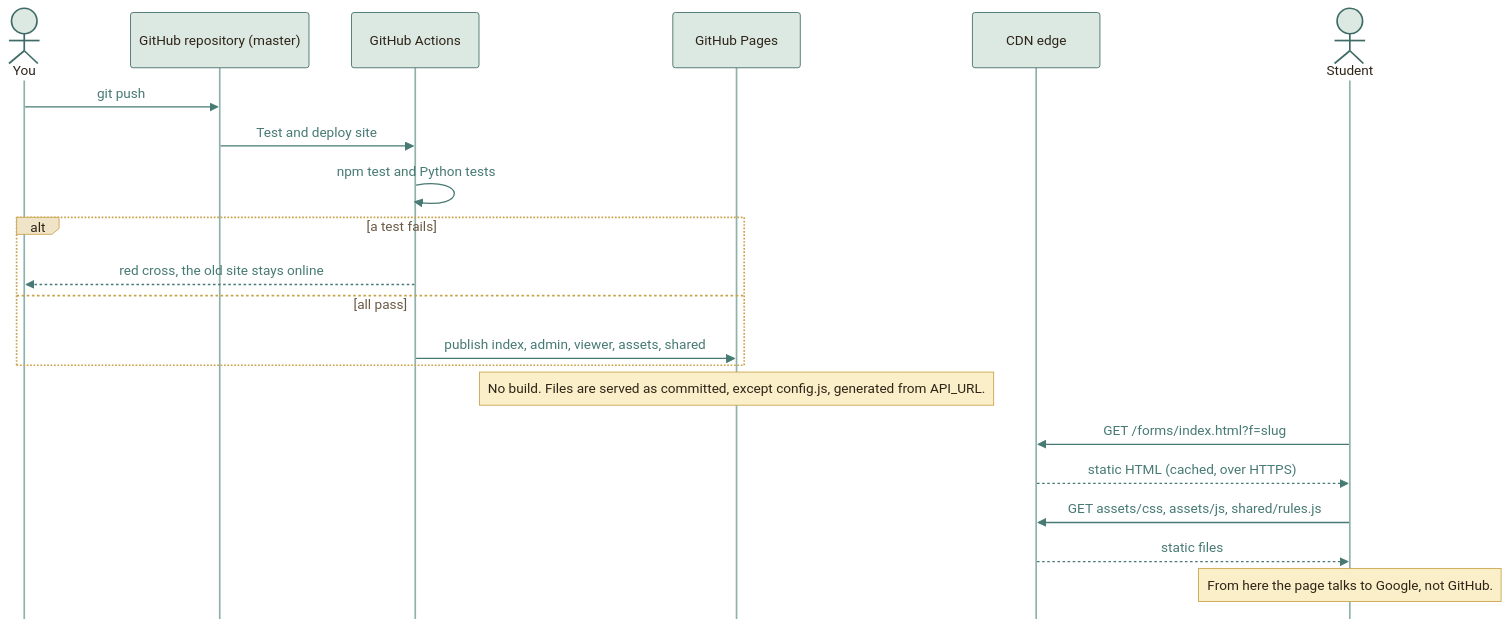
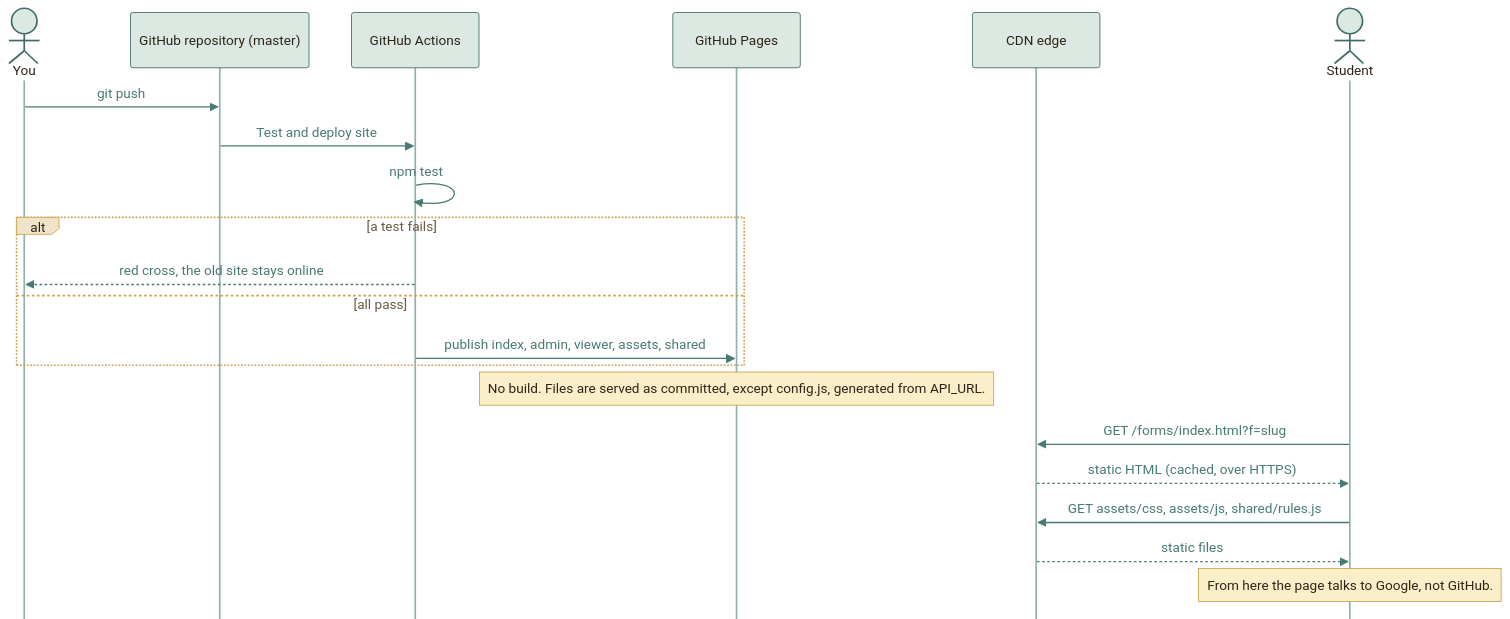
Before and after one commit to moyeh04/forms-platform: the second of 4 diagrams in docs/architecture/HOSTING.md, drawn with Mermaid. The commit also changed other lines of this file and 7 other files, not shown here.

````diff
--- a/docs/architecture/HOSTING.md
+++ b/docs/architecture/HOSTING.md
@@ -86,46 +86,46 @@
 ```mermaid
 %%{init: {
   'theme': 'base',
   'themeVariables': {
     'fontFamily': 'ui-sans-serif, system-ui, -apple-system, Segoe UI, Roboto, sans-serif',
     'fontSize': '15px',
     'primaryColor': '#DCE9E2', 'primaryBorderColor': '#3F6B66', 'primaryTextColor': '#2F2418',
     'secondaryColor': '#F0E4C8', 'secondaryBorderColor': '#C9A24A', 'secondaryTextColor': '#2F2418',
     'tertiaryColor': '#F6EFDC', 'tertiaryBorderColor': '#CDBB94', 'tertiaryTextColor': '#2F2418',
     'lineColor': '#3F6B66', 'textColor': '#2F2418', 'mainBkg': '#DCE9E2', 'nodeBorder': '#3F6B66',
     'clusterBkg': '#F6EFDC', 'clusterBorder': '#CDBB94', 'titleColor': '#2F2418',
     'edgeLabelBackground': '#F8F1DD',
     'actorBkg': '#DCE9E2', 'actorBorder': '#3F6B66', 'actorTextColor': '#2F2418', 'actorLineColor': '#8FB3AB',
     'signalColor': '#477A73', 'signalTextColor': '#477A73',
     'labelBoxBkgColor': '#F0E4C8', 'labelBoxBorderColor': '#C9A24A', 'labelTextColor': '#2F2418', 'loopTextColor': '#6A5A44',
     'noteBkgColor': '#FBEFC9', 'noteBorderColor': '#C9A24A', 'noteTextColor': '#2F2418',
     'activationBkgColor': '#DCE9E2', 'activationBorderColor': '#3F6B66', 'sequenceNumberColor': '#F8F1DD',
     'transitionColor': '#3F6B66', 'stateLabelColor': '#2F2418', 'stateBkg': '#DCE9E2', 'altBackground': '#F6EFDC',
     'attributeBackgroundColorOdd': '#F8F1DD', 'attributeBackgroundColorEven': '#F0E4C8'
   },
   'flowchart': {'curve': 'basis', 'padding': 14, 'nodeSpacing': 40, 'rankSpacing': 46},
   'sequence': {'mirrorActors': false, 'messageMargin': 34, 'boxMargin': 8}
 }}%%
 sequenceDiagram
     actor Dev as You
     participant Git as GitHub repository (master)
     participant CI as GitHub Actions
     participant Pages as GitHub Pages
     participant CDN as CDN edge
     actor Stu as Student
 
     Dev->>Git: git push
     Git->>CI: Test and deploy site
-    CI->>CI: npm test and Python tests
+    CI->>CI: npm test
     alt a test fails
         CI-->>Dev: red cross, the old site stays online
     else all pass
         CI->>Pages: publish index, admin, viewer, assets, shared
     end
     Note over Pages: No build. Files are served as committed, except config.js, generated from API_URL.
     Stu->>CDN: GET /forms/index.html?f=slug
     CDN-->>Stu: static HTML (cached, over HTTPS)
     Stu->>CDN: GET assets/css, assets/js, shared/rules.js
     CDN-->>Stu: static files
     Note over Stu: From here the page talks to Google, not GitHub.
 ```
````
